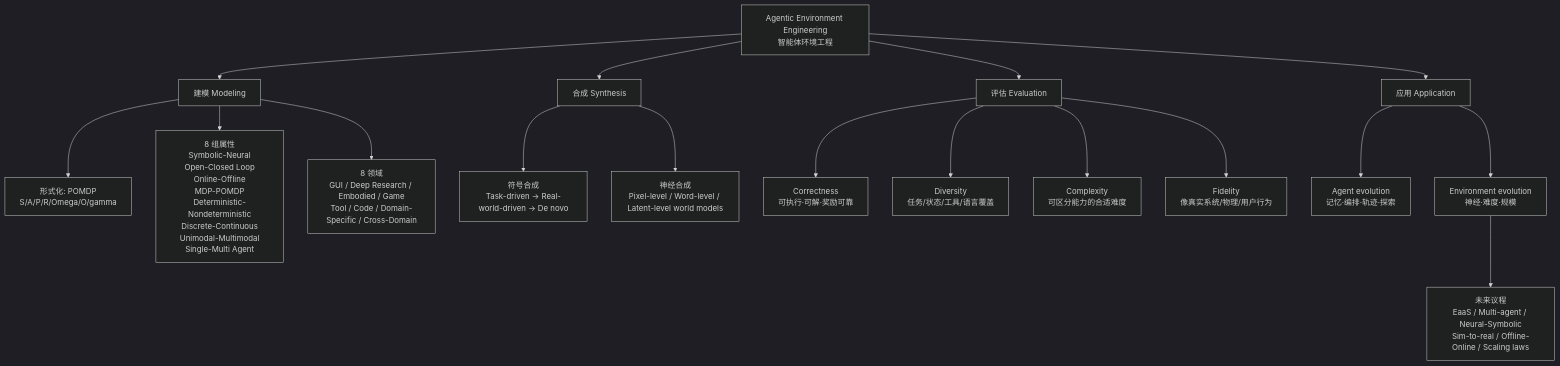
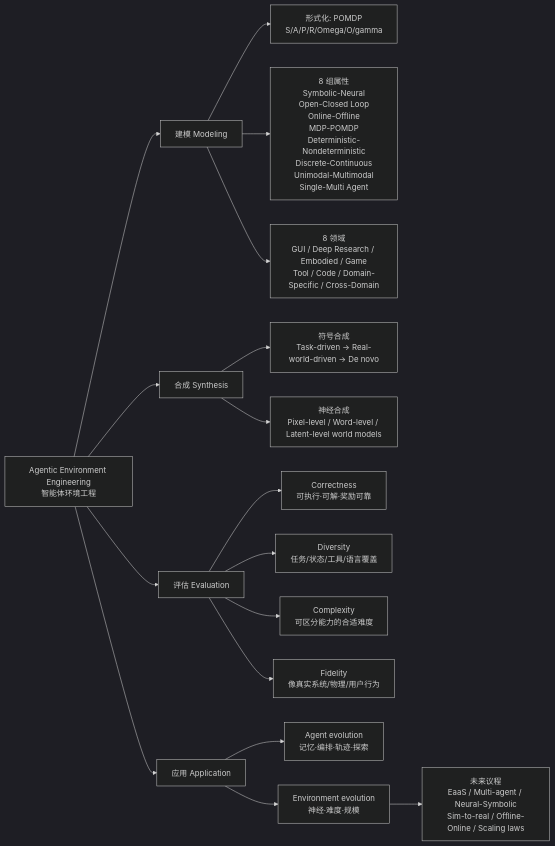
The diagram in content/papers/2606.12191-agentic-environment-engineering-survey/paper.mdx (Solvement/ai-brief-v2), drawn with Mermaid (dark theme) before and after one commit. The commit also changed 2 other files, not shown here.

Commit message:
fix(mermaid): 撤销缩放 + AgenticEnvEng 综述架构图 TD→LR 默认可读 (Kevin 2026-06-11)
缩放是为治'横向图太小'的过度通用解;实际只有这一张图有问题。撤销缩放组件/CSS(还原原版),
把 2606.12191 架构图从 flowchart TD(横向铺开4分支挤小)改 flowchart LR(纵向堆叠, 文字有宽度)。
Kevin: 纵向图很大没问题。验证: 论文 lint 过、Mermaid 组件 lint 过。

````diff
--- a/content/papers/2606.12191-agentic-environment-engineering-survey/paper.mdx
+++ b/content/papers/2606.12191-agentic-environment-engineering-survey/paper.mdx
@@ -41,23 +41,23 @@
 ```mermaid
-flowchart TD
+flowchart LR
   A[Agentic Environment Engineering<br/>智能体环境工程] --> B[建模 Modeling]
   A --> C[合成 Synthesis]
   A --> D[评估 Evaluation]
   A --> E[应用 Application]
 
   B --> B1[形式化: POMDP<br/>S/A/P/R/Omega/O/gamma]
   B --> B2[8 组属性<br/>Symbolic-Neural<br/>Open-Closed Loop<br/>Online-Offline<br/>MDP-POMDP<br/>Deterministic-Nondeterministic<br/>Discrete-Continuous<br/>Unimodal-Multimodal<br/>Single-Multi Agent]
   B --> B3[8 领域<br/>GUI / Deep Research / Embodied / Game<br/>Tool / Code / Domain-Specific / Cross-Domain]
 
   C --> C1[符号合成<br/>Task-driven -> Real-world-driven -> De novo]
   C --> C2[神经合成<br/>Pixel-level / Word-level / Latent-level world models]
 
   D --> D1[Correctness<br/>可执行·可解·奖励可靠]
   D --> D2[Diversity<br/>任务/状态/工具/语言覆盖]
   D --> D3[Complexity<br/>可区分能力的合适难度]
   D --> D4[Fidelity<br/>像真实系统/物理/用户行为]
 
   E --> E1[Agent evolution<br/>记忆·编排·轨迹·探索]
   E --> E2[Environment evolution<br/>神经·难度·规模]
   E2 --> F[未来议程<br/>EaaS / Multi-agent / Neural-Symbolic<br/>Sim-to-real / Offline-Online / Scaling laws]
 ```
````
